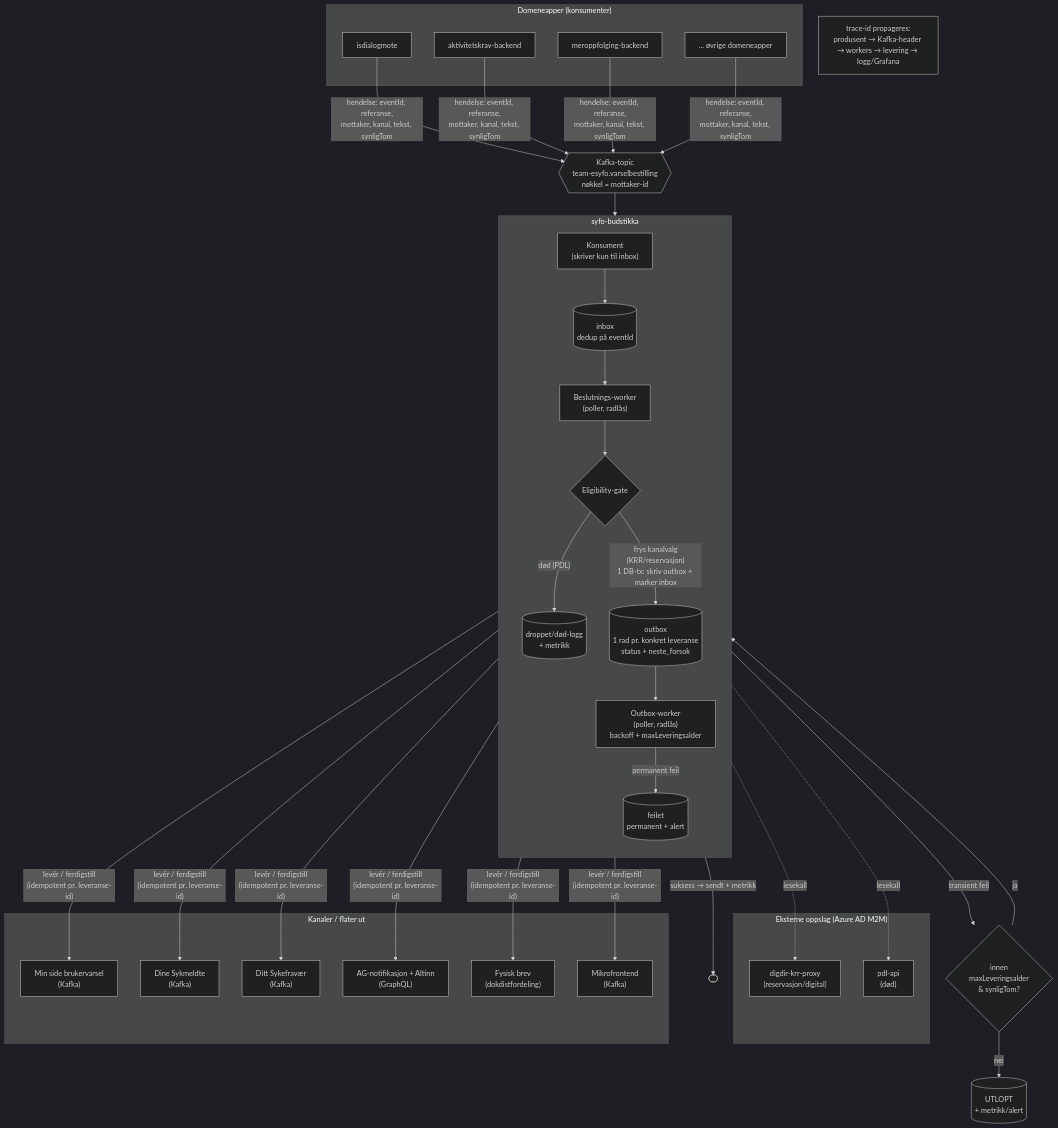
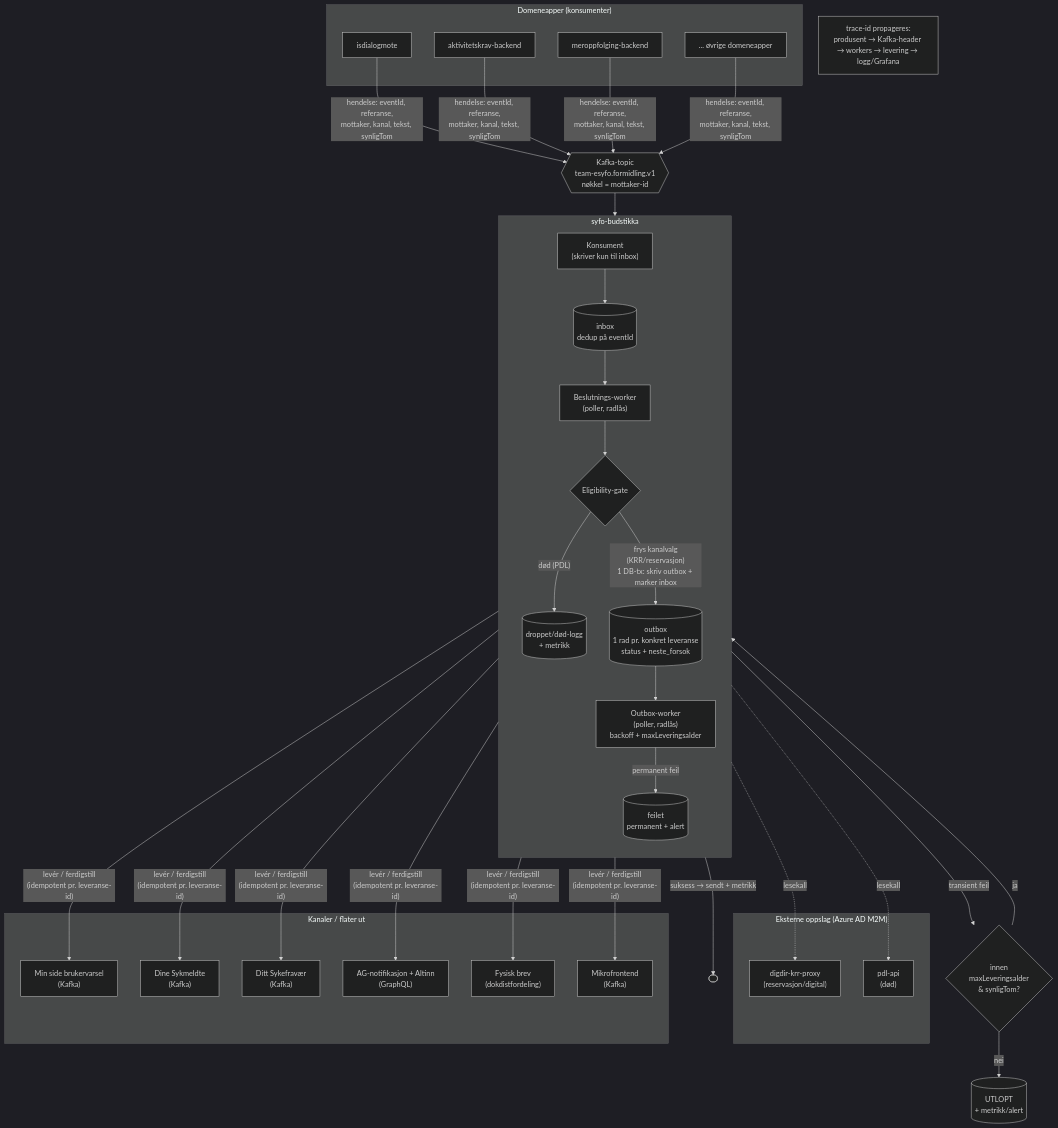
The diagram in docs/FLYT.md (navikt/syfo-budstikka), drawn with Mermaid (dark theme) before and after one commit. The commit also changed 4 other files, not shown here.

First line of the commit message:
docs: topic-identitet og glossar (B43) — ny topic team-esyfo.formidling.v1

````diff
--- a/docs/FLYT.md
+++ b/docs/FLYT.md
@@ -6,55 +6,55 @@
 ```mermaid
 flowchart TB
     subgraph Domene["Domeneapper (konsumenter)"]
         P1["isdialogmote"]
         P2["aktivitetskrav-backend"]
         P3["meroppfolging-backend"]
         P4["... øvrige domeneapper"]
     end
 
-    P1 & P2 & P3 & P4 -->|"hendelse: eventId, referanse,<br/>mottaker, kanal, tekst, synligTom"| TOPIC{{"Kafka-topic<br/>team-esyfo.varselbestilling<br/>nøkkel = mottaker-id"}}
+    P1 & P2 & P3 & P4 -->|"hendelse: eventId, referanse,<br/>mottaker, kanal, tekst, synligTom"| TOPIC{{"Kafka-topic<br/>team-esyfo.formidling.v1<br/>nøkkel = mottaker-id"}}
 
     subgraph Budstikka["syfo-budstikka"]
         direction TB
         CONS["Konsument<br/>(skriver kun til inbox)"]
         INBOX[("inbox<br/>dedup på eventId")]
         BESL["Beslutnings-worker<br/>(poller, radlås)"]
         ELIG{"Eligibility-gate"}
         OUTBOX[("outbox<br/>1 rad pr. konkret leveranse<br/>status + neste_forsok")]
         OWORK["Outbox-worker<br/>(poller, radlås)<br/>backoff + maxLeveringsalder"]
         DROP[("droppet/død-logg<br/>+ metrikk")]
         FEILET[("feilet<br/>permanent + alert")]
     end
 
     TOPIC --> CONS --> INBOX
     INBOX --> BESL --> ELIG
     ELIG -->|"død (PDL)"| DROP
     ELIG -->|"frys kanalvalg<br/>(KRR/reservasjon)<br/>1 DB-tx: skriv outbox + marker inbox"| OUTBOX
     OUTBOX --> OWORK
 
     OWORK -->|"transient feil"| RETRY{"innen<br/>maxLeveringsalder<br/>& synligTom?"}
     RETRY -->|"ja"| OUTBOX
     RETRY -->|"nei"| UTLOPT[("UTLOPT<br/>+ metrikk/alert")]
     OWORK -->|"permanent feil"| FEILET
 
     subgraph KRRPDL["Eksterne oppslag (Azure AD M2M)"]
         KRR["digdir-krr-proxy<br/>(reservasjon/digital)"]
         PDL["pdl-api<br/>(død)"]
     end
     BESL -.lesekall.-> KRR
     BESL -.lesekall.-> PDL
 
     subgraph Flater["Kanaler / flater ut"]
         MS["Min side brukervarsel<br/>(Kafka)"]
         DS["Dine Sykmeldte<br/>(Kafka)"]
         DSF["Ditt Sykefravær<br/>(Kafka)"]
         AG["AG-notifikasjon + Altinn<br/>(GraphQL)"]
         BREV["Fysisk brev<br/>(dokdistfordeling)"]
         MF["Mikrofrontend<br/>(Kafka)"]
     end
 
     OWORK -->|"levér / ferdigstill<br/>(idempotent pr. leveranse-id)"| MS & DS & DSF & AG & BREV & MF
     OWORK -->|"suksess → sendt + metrikk"| OK([" "])
 
     TRACE["trace-id propageres:<br/>produsent → Kafka-header → workers → levering → logg/Grafana"]
 ```
````
